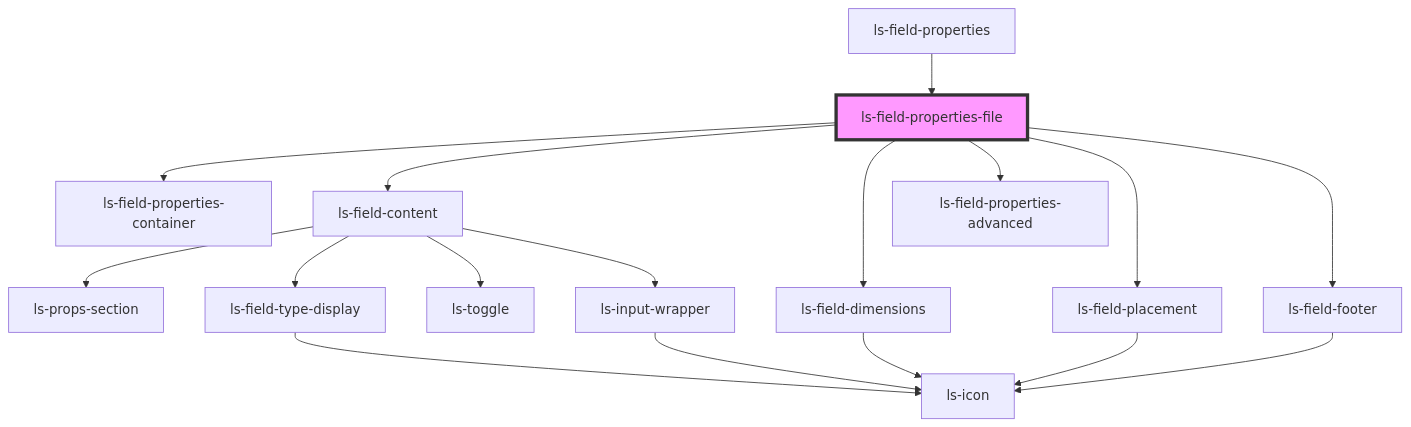
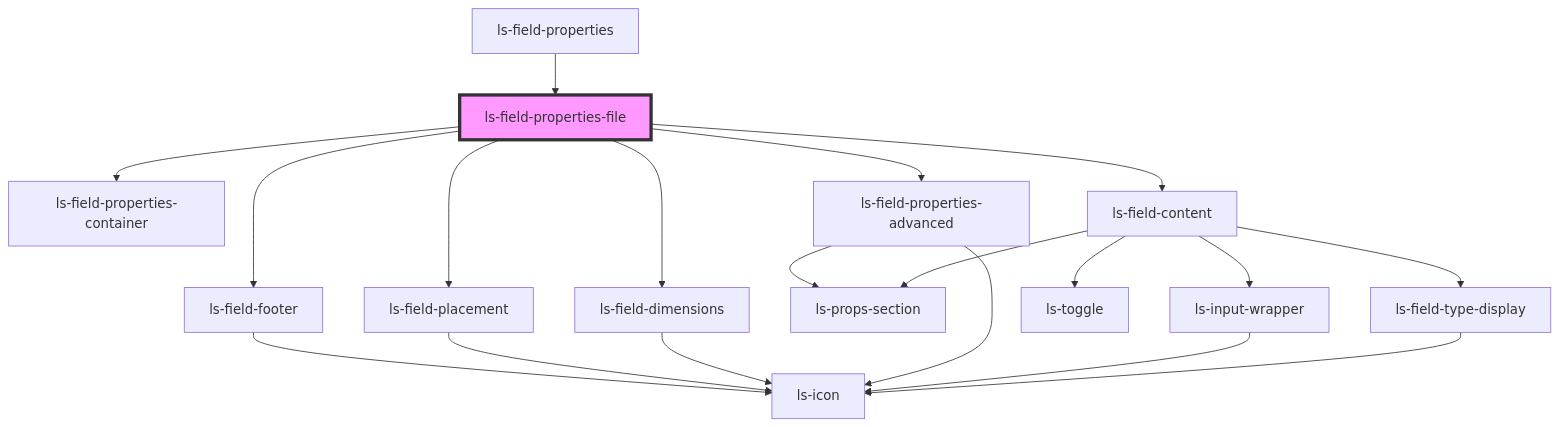
One commit to legalesign/ls-document-viewer changed the diagram in src/components/ls-field-properties-file/readme.md. Above: the diagram before and after it, drawn with Mermaid. The commit also changed 31 other files, not shown here.

````diff
--- a/src/components/ls-field-properties-file/readme.md
+++ b/src/components/ls-field-properties-file/readme.md
@@ -31,20 +31,22 @@
 ```mermaid
 graph TD;
   ls-field-properties-file --> ls-field-properties-container
   ls-field-properties-file --> ls-field-content
+  ls-field-properties-file --> ls-field-properties-advanced
   ls-field-properties-file --> ls-field-dimensions
-  ls-field-properties-file --> ls-field-properties-advanced
   ls-field-properties-file --> ls-field-placement
   ls-field-properties-file --> ls-field-footer
   ls-field-content --> ls-props-section
   ls-field-content --> ls-field-type-display
   ls-field-content --> ls-toggle
   ls-field-content --> ls-input-wrapper
   ls-field-type-display --> ls-icon
   ls-input-wrapper --> ls-icon
+  ls-field-properties-advanced --> ls-icon
+  ls-field-properties-advanced --> ls-props-section
   ls-field-dimensions --> ls-icon
   ls-field-placement --> ls-icon
   ls-field-footer --> ls-icon
   ls-field-properties --> ls-field-properties-file
   style ls-field-properties-file fill:#f9f,stroke:#333,stroke-width:4px
 ```
````
